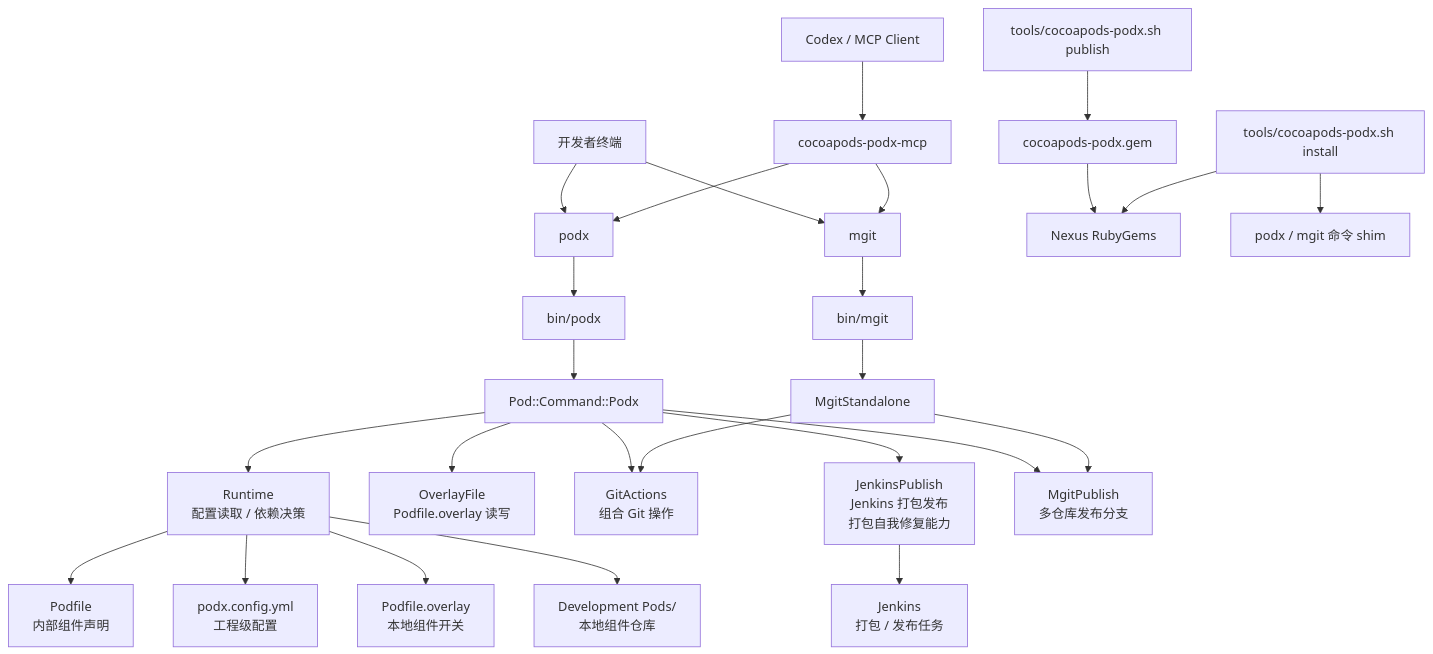
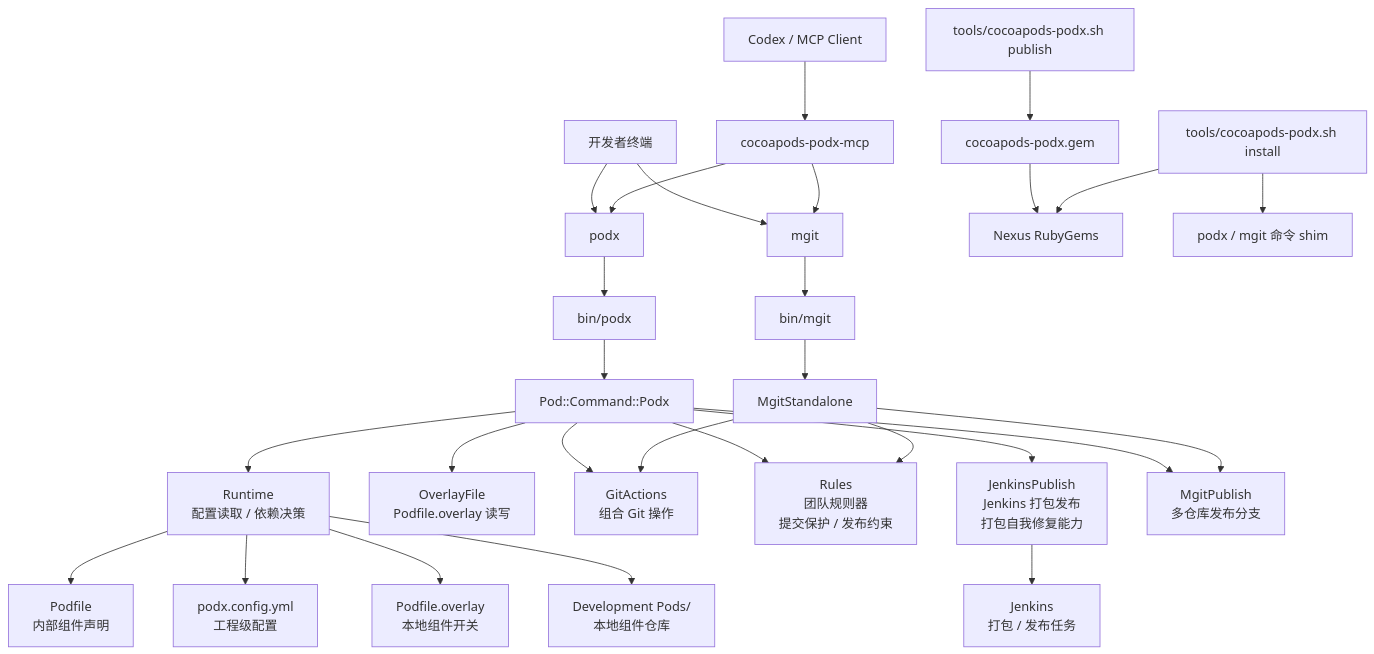
One commit to rentaogithub/mpod changed the diagram in README.md. Above: the diagram before and after it, drawn with Mermaid. The commit also changed other lines of this file and 9 other files, not shown here.

````diff
--- a/README.md
+++ b/README.md
@@ -28,33 +28,35 @@
 ```mermaid
 flowchart TB
   User["开发者终端"] --> Podx["podx"]
   User --> Mgit["mgit"]
   Codex["Codex / MCP Client"] --> MCP["cocoapods-podx-mcp"]
   MCP --> Podx
   MCP --> Mgit
 
   Podx --> PodxBin["bin/podx"]
   Mgit --> MgitBin["bin/mgit"]
   PodxBin --> PodxCommand["Pod::Command::Podx"]
   MgitBin --> MgitStandalone["MgitStandalone"]
 
   PodxCommand --> Runtime["Runtime<br/>配置读取 / 依赖决策"]
   PodxCommand --> OverlayFile["OverlayFile<br/>Podfile.overlay 读写"]
   PodxCommand --> GitActions["GitActions<br/>组合 Git 操作"]
+  PodxCommand --> Rules["Rules<br/>团队规则器<br/>提交保护 / 发布约束"]
   PodxCommand --> JenkinsPublish["JenkinsPublish<br/>Jenkins 打包发布<br/>打包自我修复能力"]
   PodxCommand --> MgitPublish["MgitPublish<br/>多仓库发布分支"]
 
   MgitStandalone --> GitActions
+  MgitStandalone --> Rules
   MgitStandalone --> MgitPublish
 
   Runtime --> Podfile["Podfile<br/>内部组件声明"]
   Runtime --> Config["podx.config.yml<br/>工程级配置"]
   Runtime --> Overlay["Podfile.overlay<br/>本地组件开关"]
   Runtime --> DevPods["Development Pods/<br/>本地组件仓库"]
 
   JenkinsPublish --> Jenkins["Jenkins<br/>打包 / 发布任务"]
   PublishScript["tools/cocoapods-podx.sh publish"] --> Gem["cocoapods-podx.gem"]
   Gem --> Nexus["Nexus RubyGems"]
   InstallScript["tools/cocoapods-podx.sh install"] --> Nexus
   InstallScript --> Shims["podx / mgit 命令 shim"]
 ```
````
